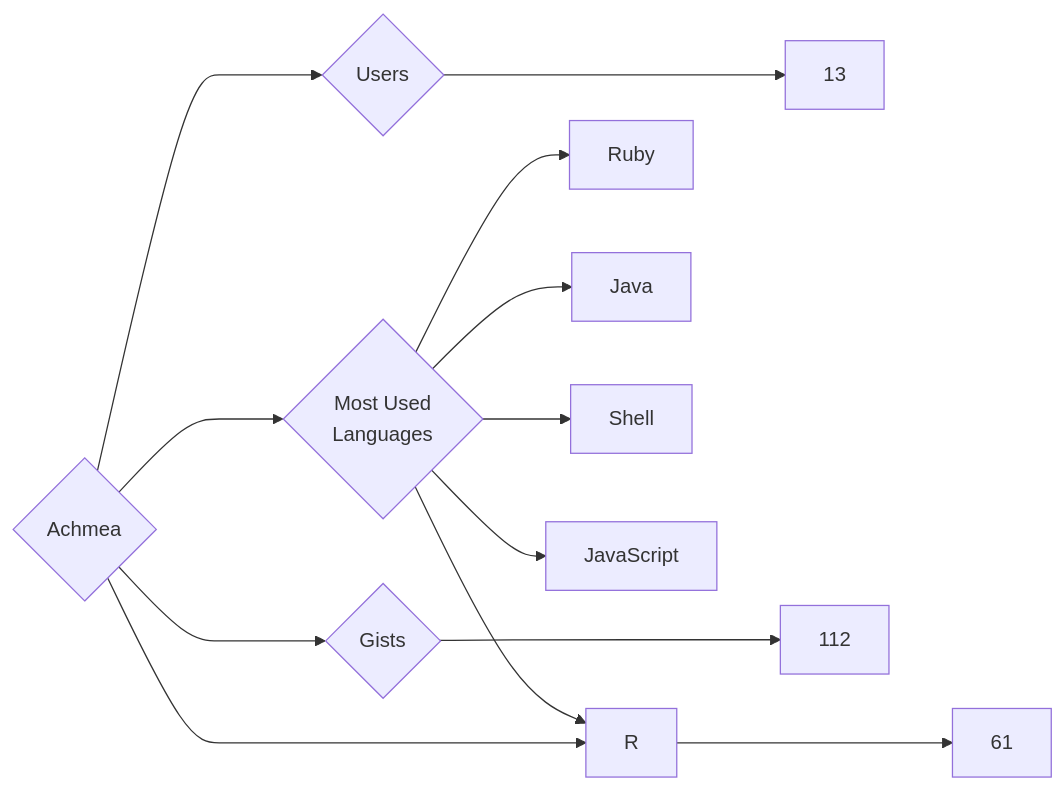
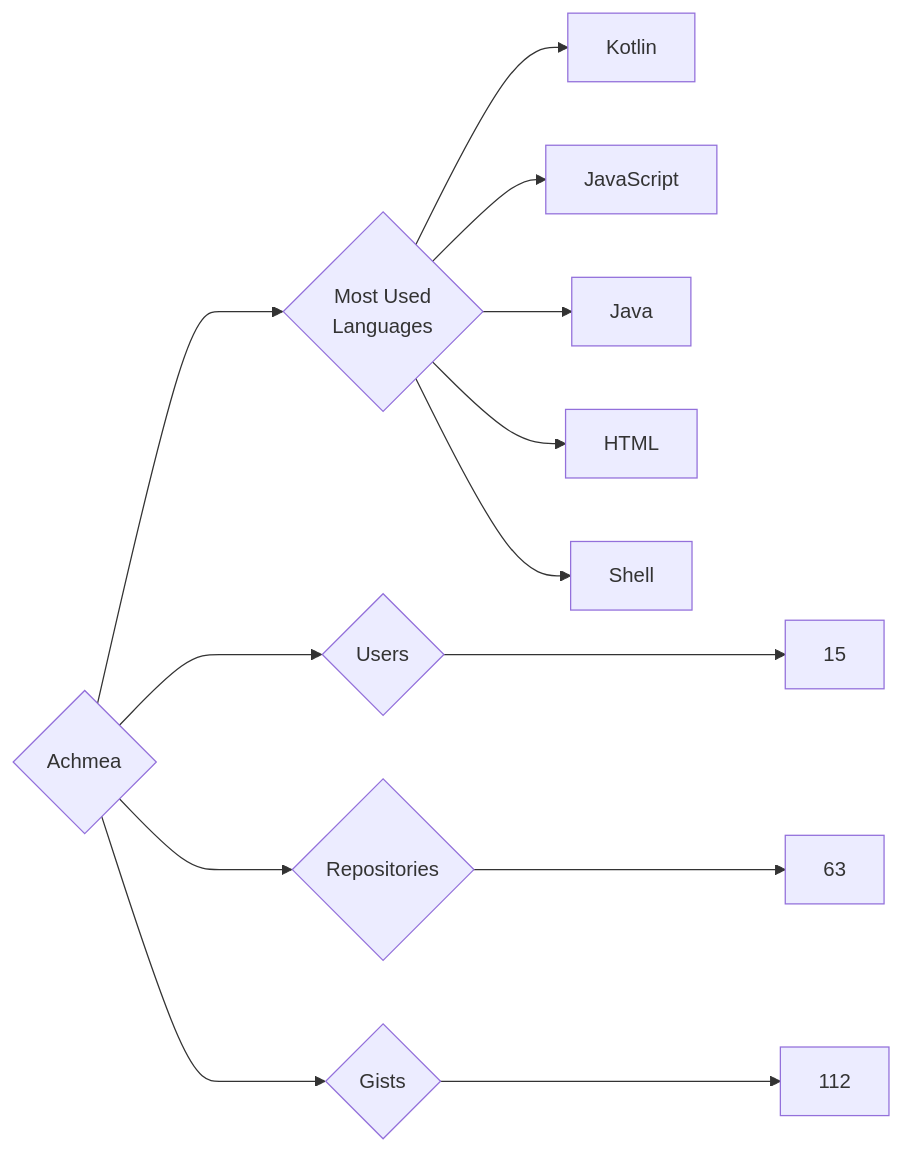
One commit to trickest/insiders changed the diagram in targets/Achmea/README.md. Above: the diagram before and after it, drawn with Mermaid. The commit also changed 809 other files, not shown here.

````diff
--- a/targets/Achmea/README.md
+++ b/targets/Achmea/README.md
@@ -3,13 +3,13 @@
 ```mermaid
 graph LR
 COMPANY_NAME{Achmea}
-COMPANY_NAME ---> U{Users} ---> UN[13]
-COMPANY_NAME ---> R{Repositories} ---> RN[61]
+COMPANY_NAME ---> U{Users} ---> UN[15]
+COMPANY_NAME ---> R{Repositories} ---> RN[63]
 COMPANY_NAME ---> G{Gists} ---> GN[112]
 COMPANY_NAME ---> ML{Most Used<br>Languages}
-ML --> Ruby[Ruby]
+ML --> Kotlin[Kotlin]
+ML --> JavaScript[JavaScript]
 ML --> Java[Java]
+ML --> HTML[HTML]
 ML --> Shell[Shell]
-ML --> JavaScript[JavaScript]
-ML --> R[R]
 ```
````
